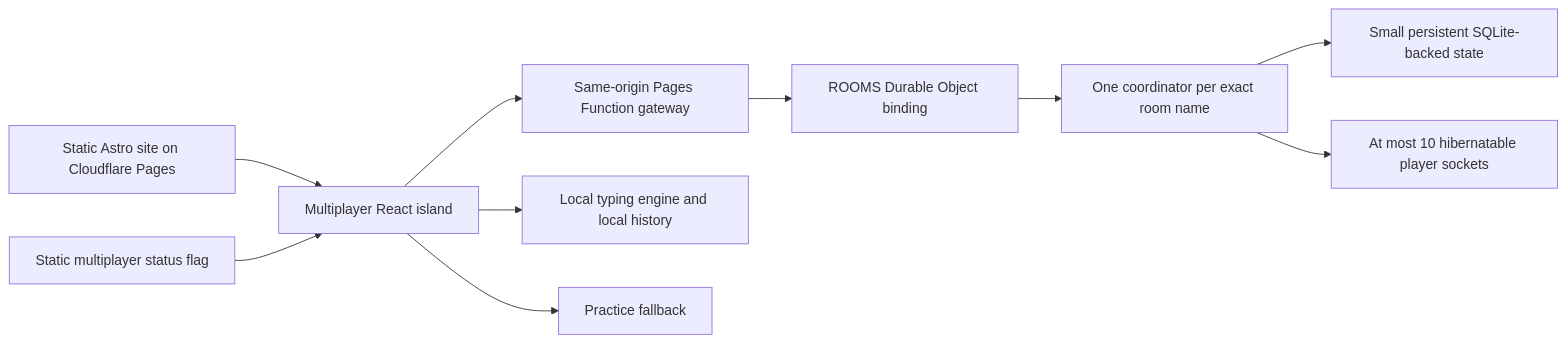
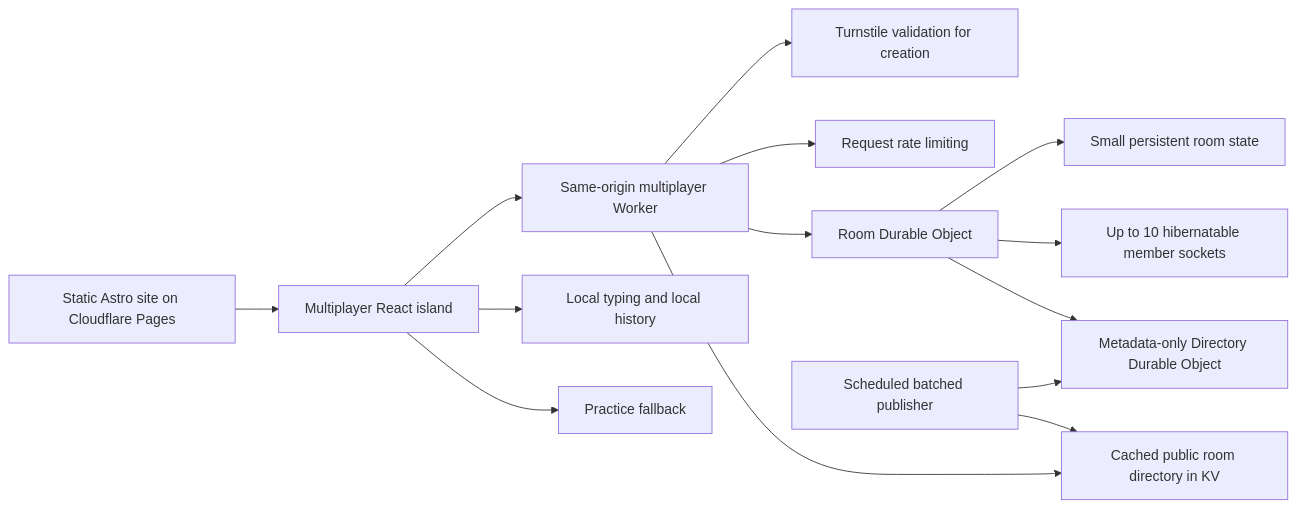
The first of 2 diagrams in plan/research/durable-objects-multiplayer/architecture.md (VivekGupta137/ninjatype), drawn with Mermaid before and after one commit. The commit also changed other lines of this file and 3 other files, not shown here.

````diff
--- a/plan/research/durable-objects-multiplayer/architecture.md
+++ b/plan/research/durable-objects-multiplayer/architecture.md
@@ -21,12 +25,16 @@
 ```mermaid
 flowchart LR
     P[Static Astro site on Cloudflare Pages] --> M[Multiplayer React island]
-    M --> G[Same-origin Pages Function gateway]
-    G --> N[ROOMS Durable Object binding]
-    N --> A[One coordinator per exact room name]
-    A --> S[Small persistent SQLite-backed state]
-    A --> W[At most 10 hibernatable player sockets]
-    M --> L[Local typing engine and local history]
-    F[Static multiplayer status flag] --> M
-    M --> Q[Practice fallback]
+    M --> G[Same-origin multiplayer Worker]
+    G --> T[Turnstile validation for creation]
+    G --> R[Request rate limiting]
+    G --> A[Room Durable Object]
+    A --> S[Small persistent room state]
+    A --> W[Up to 10 hibernatable member sockets]
+    G --> K[Cached public room directory in KV]
+    A --> D[Metadata-only Directory Durable Object]
+    C[Scheduled batched publisher] --> D
+    C --> K
+    M --> L[Local typing and local history]
+    M --> F[Practice fallback]
 ```
````
